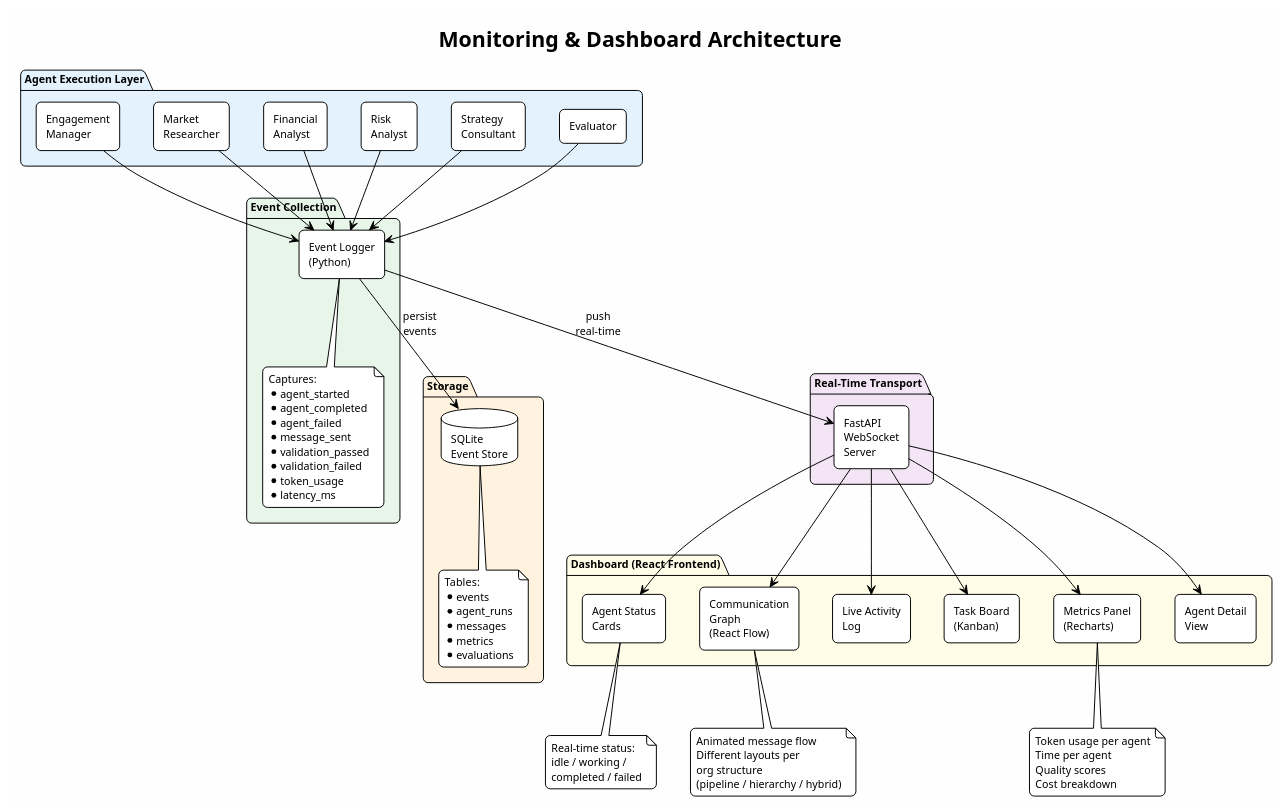
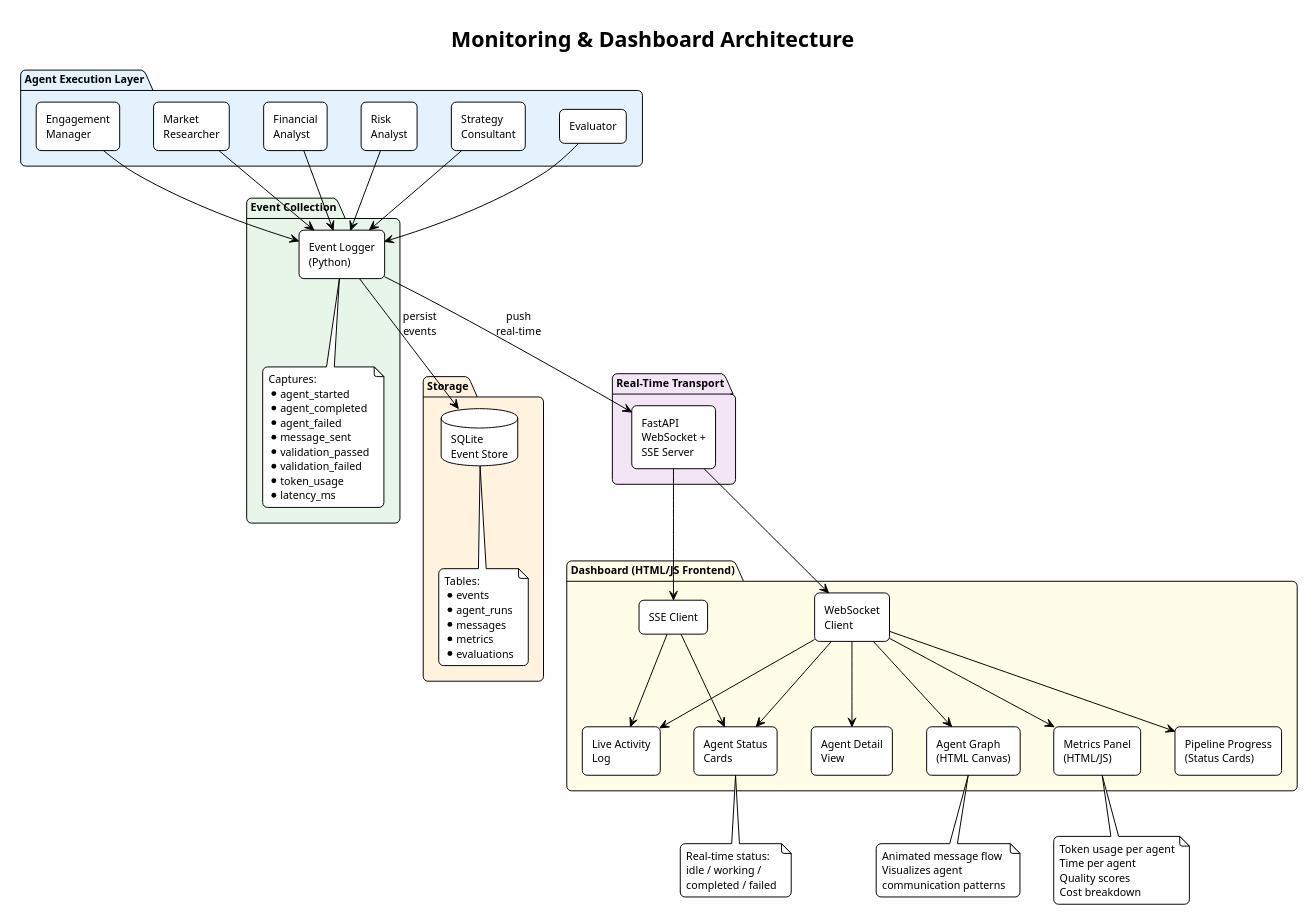
One commit to GeorgePetre11/Design-Implementation-and-Monitoring-of-Heterogenous-Agent-Organizations changed the diagram in Diagrams/architecture/11_monitoring_architecture.puml. Above: the diagram before and after it, drawn with PlantUML. The commit also changed 36 other files, not shown here.

```diff
--- a/Diagrams/architecture/11_monitoring_architecture.puml
+++ b/Diagrams/architecture/11_monitoring_architecture.puml
@@ -1,98 +1,105 @@
 @startuml monitoring_architecture
 !theme plain
 skinparam backgroundColor #FEFEFE
 skinparam defaultFontName "Segoe UI"
 skinparam defaultFontSize 11
 skinparam shadowing false
 skinparam roundCorner 10
 skinparam componentStyle rectangle
 
 title **Monitoring & Dashboard Architecture**
 
 package "Agent Execution Layer" #E3F2FD {
   component "Engagement\nManager" as em
   component "Market\nResearcher" as mr
   component "Financial\nAnalyst" as fa
   component "Risk\nAnalyst" as ra
   component "Strategy\nConsultant" as sc
   component "Evaluator" as ev
 }
 
 package "Event Collection" #E8F5E9 {
   component "Event Logger\n(Python)" as logger
   note bottom of logger
     Captures:
     * agent_started
     * agent_completed
     * agent_failed
     * message_sent
     * validation_passed
     * validation_failed
     * token_usage
     * latency_ms
   end note
 }
 
 package "Storage" #FFF3E0 {
   database "SQLite\nEvent Store" as db
   note bottom of db
     Tables:
     * events
     * agent_runs
     * messages
     * metrics
     * evaluations
   end note
 }
 
 package "Real-Time Transport" #F3E5F5 {
-  component "FastAPI\nWebSocket\nServer" as ws
+  component "FastAPI\nWebSocket +\nSSE Server" as ws
 }
 
-package "Dashboard (React Frontend)" #FFFDE7 {
+package "Dashboard (HTML/JS Frontend)" #FFFDE7 {
   component "Agent Status\nCards" as cards
-  component "Communication\nGraph\n(React Flow)" as graph
+  component "Agent Graph\n(HTML Canvas)" as graph
   component "Live Activity\nLog" as log
-  component "Task Board\n(Kanban)" as kanban
-  component "Metrics Panel\n(Recharts)" as metrics
+  component "Pipeline Progress\n(Status Cards)" as pipeline
+  component "Metrics Panel\n(HTML/JS)" as metrics
   component "Agent Detail\nView" as detail
+  component "SSE Client" as sseclient
+  component "WebSocket\nClient" as wsclient
 }
 
 em --> logger
 mr --> logger
 fa --> logger
 ra --> logger
 sc --> logger
 ev --> logger
 
 logger --> db : "persist\nevents"
 logger --> ws : "push\nreal-time"
 
-ws --> cards
-ws --> graph
-ws --> log
-ws --> kanban
-ws --> metrics
-ws --> detail
+ws --> wsclient
+ws --> sseclient
+
+wsclient --> cards
+wsclient --> graph
+wsclient --> log
+wsclient --> pipeline
+wsclient --> metrics
+wsclient --> detail
+
+sseclient --> cards
+sseclient --> log
 
 note bottom of cards
   Real-time status:
   idle / working /
   completed / failed
 end note
 
 note bottom of graph
   Animated message flow
-  Different layouts per
-  org structure
-  (pipeline / hierarchy / hybrid)
+  Visualizes agent
+  communication patterns
 end note
 
 note bottom of metrics
   Token usage per agent
   Time per agent
   Quality scores
   Cost breakdown
 end note
 
 @enduml
```
